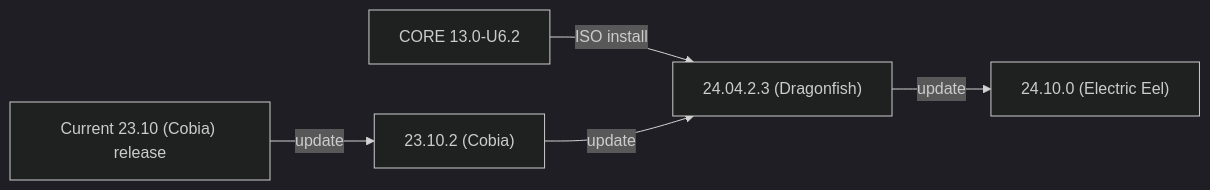
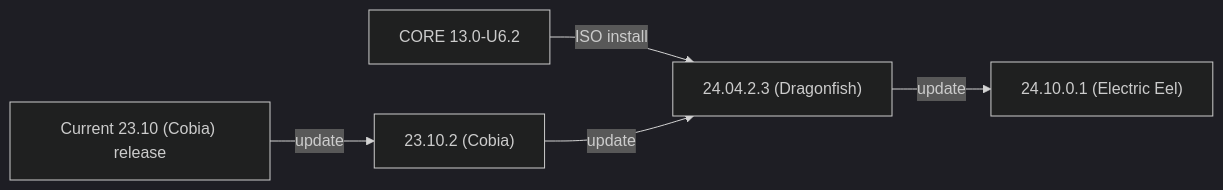
One commit to truenas/documentation changed the second of 2 diagrams in static/includes/SCALEUpgradePaths.md. Above: the diagram before and after it, drawn with Mermaid (dark theme). The commit also changed other lines of this file, not shown here.

```diff
--- a/static/includes/SCALEUpgradePaths.md
+++ b/static/includes/SCALEUpgradePaths.md
@@ -65,8 +65,8 @@
           {{< mermaid class="mermaid_sizing" >}}
           flowchart LR
             A["CORE 13.0-U6.2"] -->|ISO install| D
             B["Current 23.10 (Cobia) release"] -->|update| C
             C["23.10.2 (Cobia)"] -->|update| D
             D["24.04.2.3 (Dragonfish)"]  -->|update| E
-            E["24.10.0 (Electric Eel)"]
+            E["24.10.0.1 (Electric Eel)"]
           {{< /mermaid >}}
```
